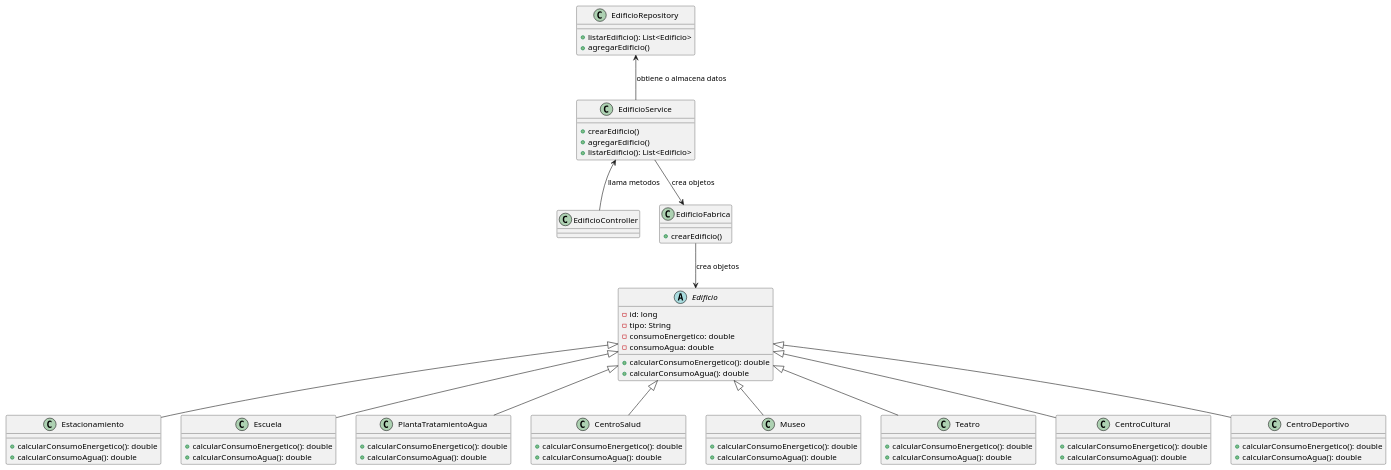
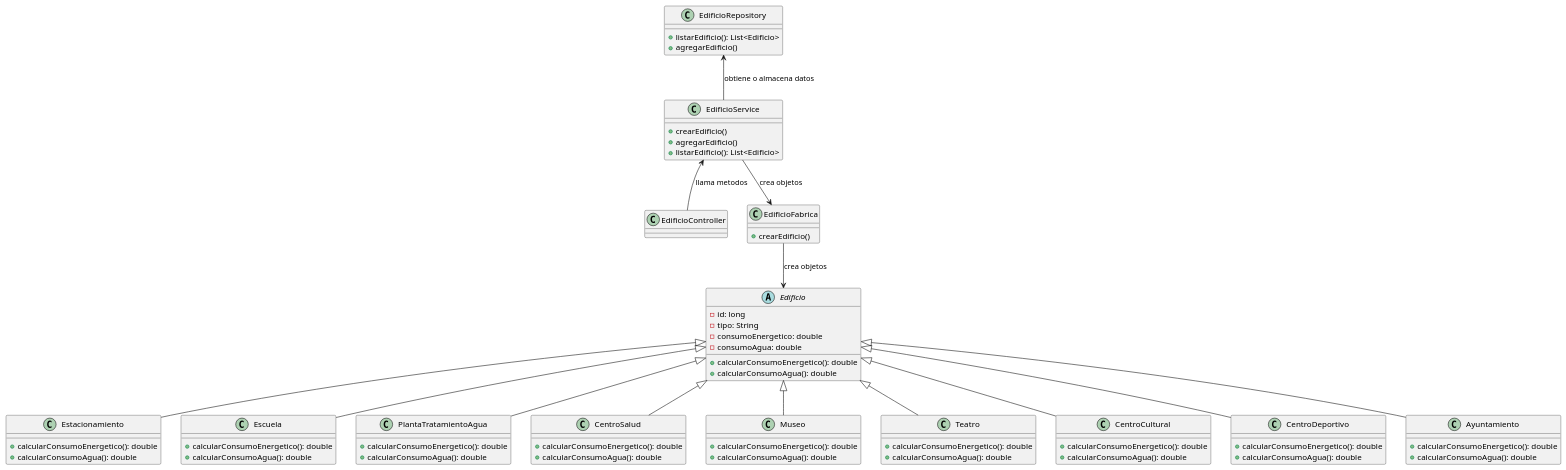
Before and after one commit to Grupo-Wakanda/GestionEdificios: the diagram in uml/GestionEdificios.puml, drawn with PlantUML.

Commit message:
UML inciales

```diff
--- a/uml/GestionEdificios.puml
+++ b/uml/GestionEdificios.puml
@@ -1,75 +1,79 @@
 @startuml
 'https://plantuml.com/class-diagram
 
 class Estacionamiento{
     +calcularConsumoEnergetico(): double
     +calcularConsumoAgua(): double
 }
 class Escuela{
      +calcularConsumoEnergetico(): double
      +calcularConsumoAgua(): double
 }
 
 class PlantaTratamientoAgua{
      +calcularConsumoEnergetico(): double
      +calcularConsumoAgua(): double
 }
 class CentroSalud{
      +calcularConsumoEnergetico(): double
      +calcularConsumoAgua(): double
 }
 class Museo{
      +calcularConsumoEnergetico(): double
      +calcularConsumoAgua(): double
 }
 class Teatro{
      +calcularConsumoEnergetico(): double
      +calcularConsumoAgua(): double
 }
 class CentroCultural{
      +calcularConsumoEnergetico(): double
      +calcularConsumoAgua(): double
 }
 class CentroDeportivo{
      +calcularConsumoEnergetico(): double
      +calcularConsumoAgua(): double
 }
-
+class Ayuntamiento{
+     +calcularConsumoEnergetico(): double
+     +calcularConsumoAgua(): double
+}
 abstract class Edificio{
     -id: long
     -tipo: String
     -consumoEnergetico: double
     -consumoAgua: double
     +calcularConsumoEnergetico(): double
     +calcularConsumoAgua(): double
 }
 
 class Estacionamiento extends Edificio
+class Ayuntamiento extends Edificio
 class Teatro extends Edificio
 class CentroSalud extends Edificio
 class CentroDeportivo extends Edificio
 class CentroCultural extends Edificio
 class Escuela extends Edificio
 class Museo extends Edificio
 class PlantaTratamientoAgua extends Edificio
 
 class EdificioService{
     +crearEdificio()
     +agregarEdificio()
     +listarEdificio(): List<Edificio>
 }
 class EdificioRepository{
     +listarEdificio(): List<Edificio>
     +agregarEdificio()
 }
 
 class EdificioController{}
 class EdificioFabrica{
     +crearEdificio()
 }
 
 EdificioRepository <-- EdificioService: obtiene o almacena datos
 EdificioService <-- EdificioController: llama metodos
 EdificioService --> EdificioFabrica: crea objetos
 EdificioFabrica --> Edificio: crea objetos
 @enduml
```
